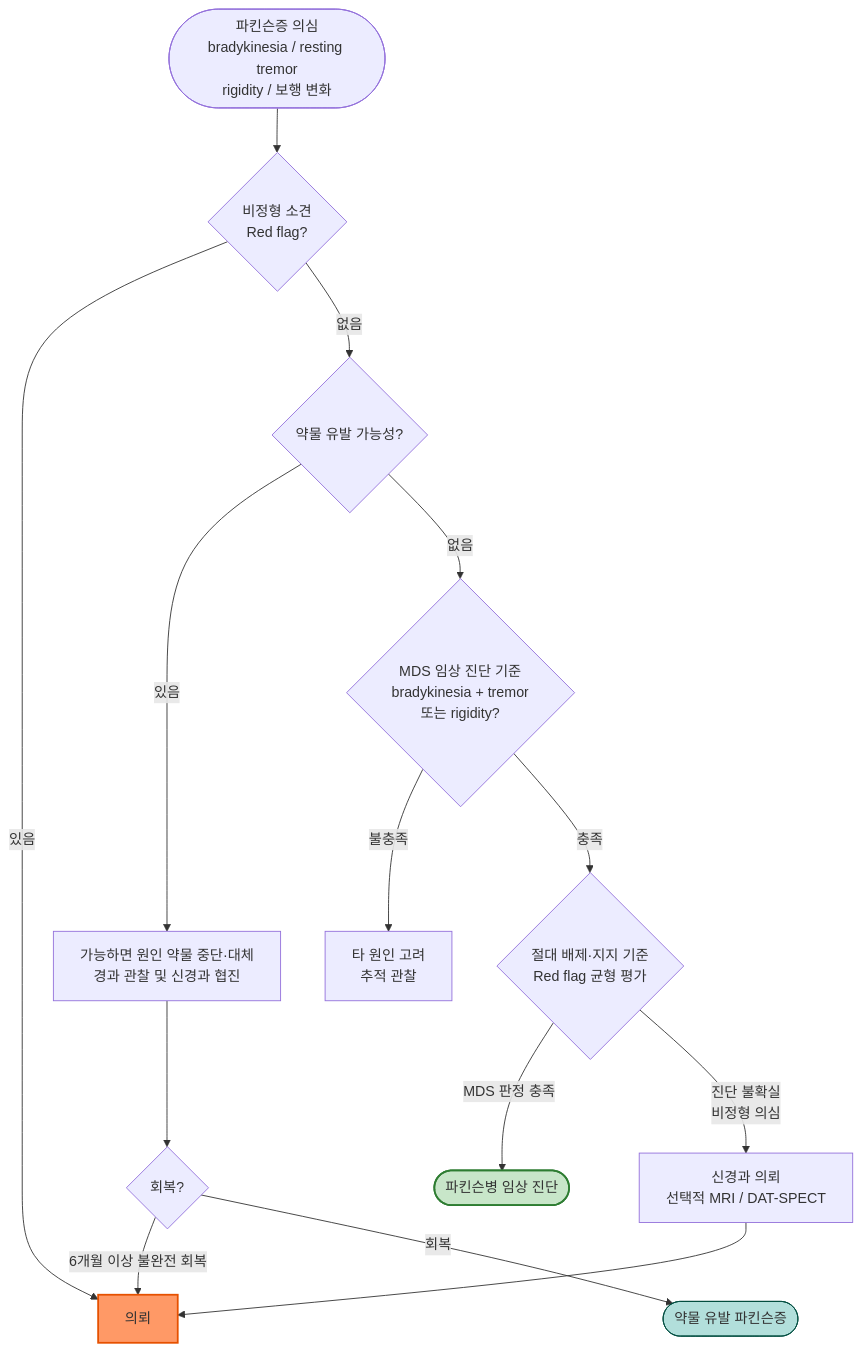
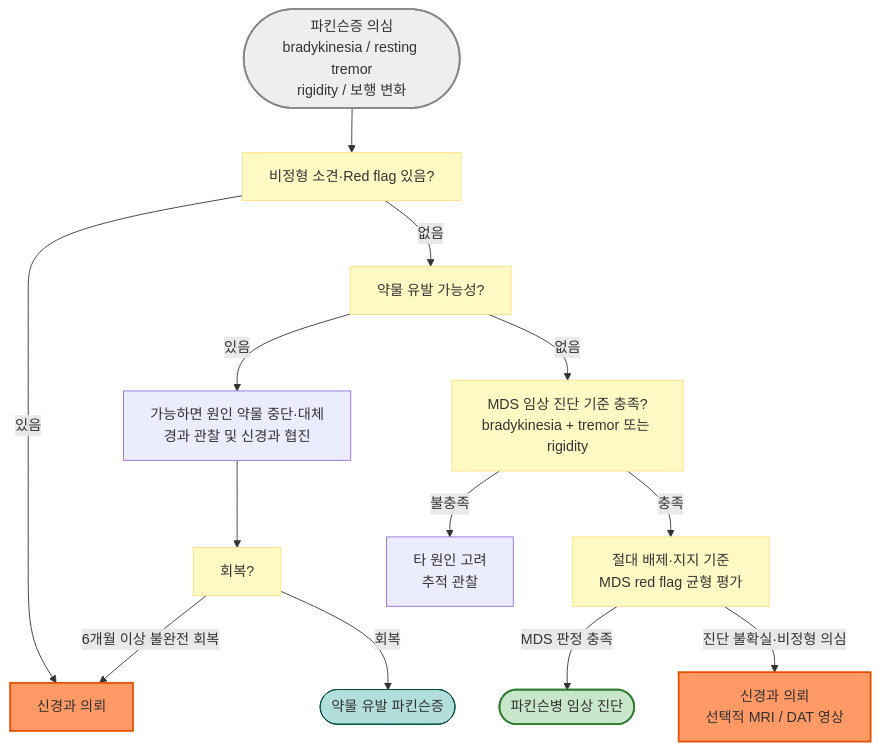
The first of 2 diagrams in 221_/035_-parkinsons-disease.md (familyoh77/familyoh77), drawn with Mermaid before and after one commit. The commit also changed other lines of this file and 2 other files, not shown here.

````diff
--- a/221_/035_-parkinsons-disease.md
+++ b/221_/035_-parkinsons-disease.md
@@ -197,20 +195,26 @@
 ```mermaid
 graph TD
-    A([파킨슨증 의심<br/>bradykinesia / resting tremor<br/>rigidity / 보행 변화]) --> B{비정형 소견<br/>Red flag?}
-    B -->|있음| C[의뢰]
-    B -->|없음| D{약물 유발 가능성?}
-    D -->|있음| E[가능하면 원인 약물 중단·대체<br/>경과 관찰 및 신경과 협진]
-    E --> F{회복?}
-    F -->|6개월 이상 불완전 회복| C
-    F -->|회복| G([약물 유발 파킨슨증])
-    D -->|없음| H{MDS 임상 진단 기준<br/>bradykinesia + tremor <br/>또는 rigidity?}
-    H -->|불충족| I[타 원인 고려<br/>추적 관찰]
-    H -->|충족| J{절대 배제·지지 기준<br/>Red flag 균형 평가}
-    J -->|MDS 판정 충족| R([파킨슨병 임상 진단])
-    J -->|진단 불확실<br/>비정형 의심| K[신경과 의뢰<br/>선택적 MRI / DAT-SPECT]
-    K --> C
+    A(["파킨슨증 의심<br/>bradykinesia / resting tremor<br/>rigidity / 보행 변화"]) --> B["비정형 소견·Red flag 있음?"]
+    B -->|있음| C["신경과 의뢰"]
+    B -->|없음| D["약물 유발 가능성?"]
+    D -->|있음| E["가능하면 원인 약물 중단·대체<br/>경과 관찰 및 신경과 협진"]
+    E --> F["회복?"]
+    F -->|"6개월 이상 불완전 회복"| C
+    F -->|회복| G(["약물 유발 파킨슨증"])
+    D -->|없음| H["MDS 임상 진단 기준 충족?<br/>bradykinesia + tremor 또는 rigidity"]
+    H -->|불충족| I["타 원인 고려<br/>추적 관찰"]
+    H -->|충족| J["절대 배제·지지 기준<br/>MDS red flag 균형 평가"]
+    J -->|"MDS 판정 충족"| R(["파킨슨병 임상 진단"])
+    J -->|"진단 불확실·비정형 의심"| K["신경과 의뢰<br/>선택적 MRI / DAT 영상"]
 
+    style A fill:#eeeeee,stroke:#888888,stroke-width:2px
+    style B fill:#fff9c4,stroke:#ffe082
+    style D fill:#fff9c4,stroke:#ffe082
+    style F fill:#fff9c4,stroke:#ffe082
+    style H fill:#fff9c4,stroke:#ffe082
+    style J fill:#fff9c4,stroke:#ffe082
     style C fill:#f96,stroke:#e65100,stroke-width:2px
+    style K fill:#f96,stroke:#e65100,stroke-width:2px
     style G fill:#b2dfdb,stroke:#004d40,stroke-width:1px
     style R fill:#c8e6c9,stroke:#2e7d32,stroke-width:2px
 ```
````
